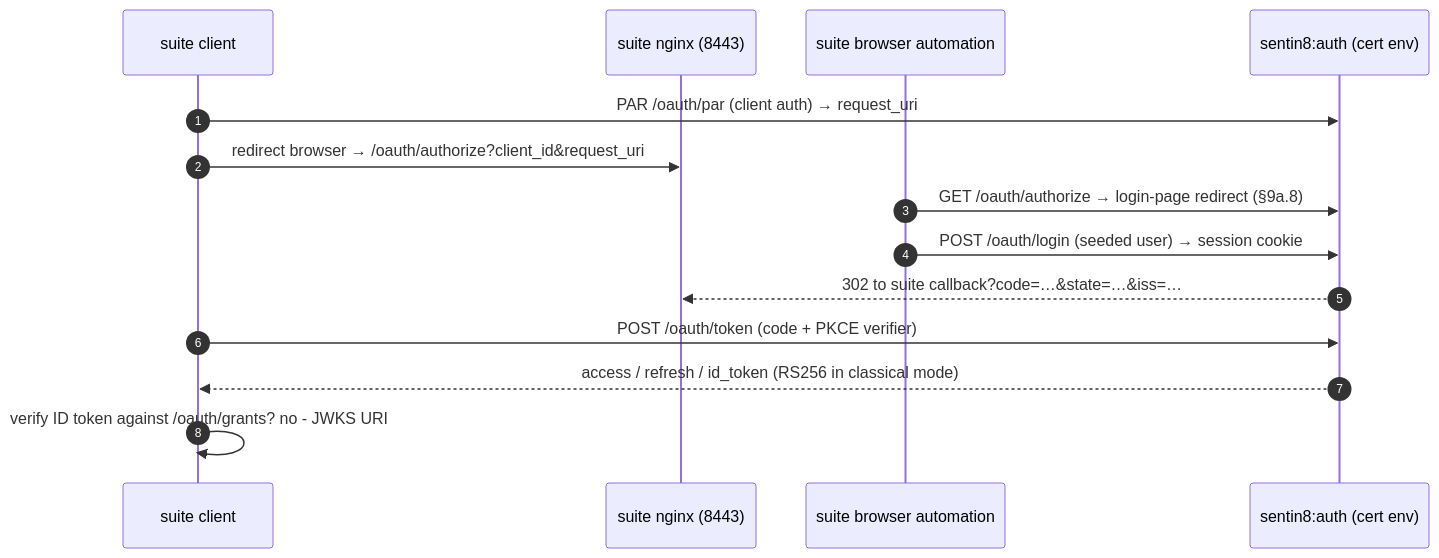
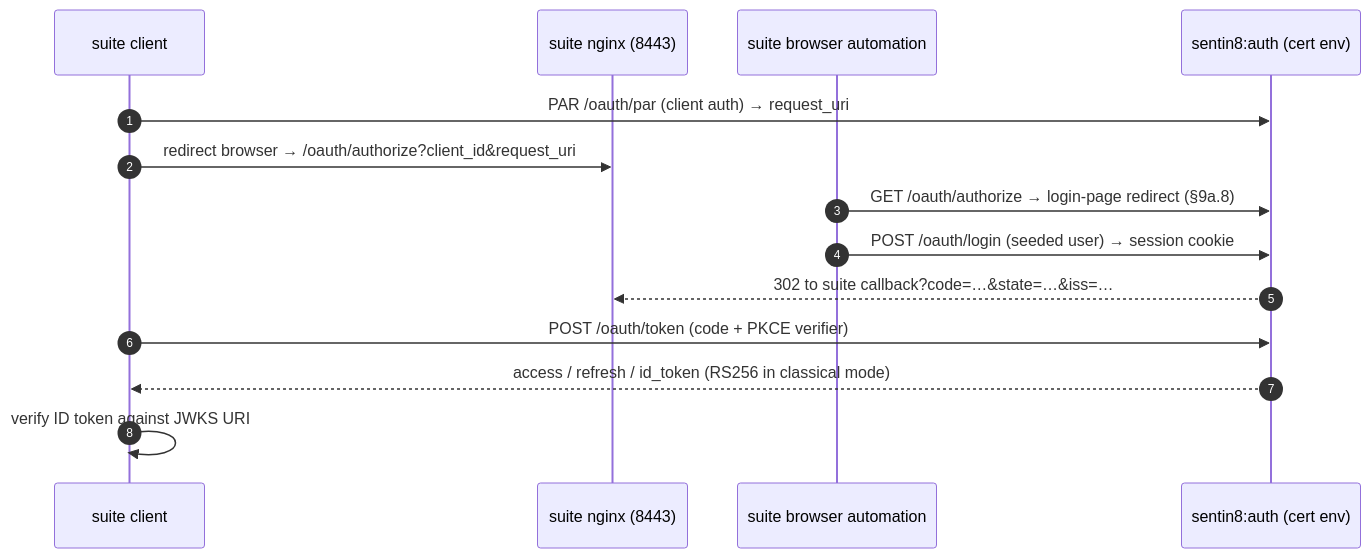
Diagram 14 of 15 in DESIGN.md (Sentin8/sentin8-auth), drawn with Mermaid before and after one commit. The commit also changed other lines of this file and 33 other files, not shown here.

````diff
--- a/DESIGN.md
+++ b/DESIGN.md
@@ -888,16 +927,16 @@
 ```mermaid
 sequenceDiagram
     autonumber
     participant SU as suite client
     participant NG as suite nginx (8443)
     participant AU as suite browser automation
     participant OP as sentin8:auth (cert env)
     SU->>OP: PAR /oauth/par (client auth) → request_uri
     SU->>NG: redirect browser → /oauth/authorize?client_id&request_uri
     AU->>OP: GET /oauth/authorize → login-page redirect (§9a.8)
     AU->>OP: POST /oauth/login (seeded user) → session cookie
     OP-->>NG: 302 to suite callback?code=…&state=…&iss=…
     SU->>OP: POST /oauth/token (code + PKCE verifier)
     OP-->>SU: access / refresh / id_token (RS256 in classical mode)
-    SU->>SU: verify ID token against /oauth/grants? no - JWKS URI
+    SU->>SU: verify ID token against JWKS URI
 ```
````
